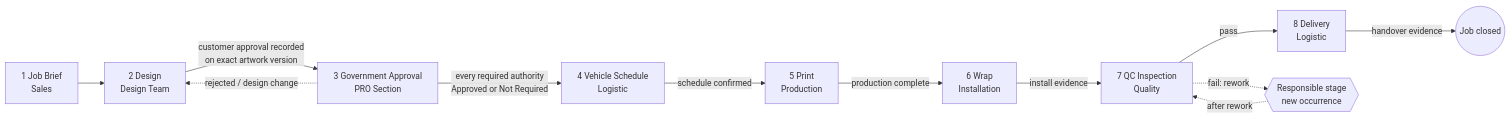
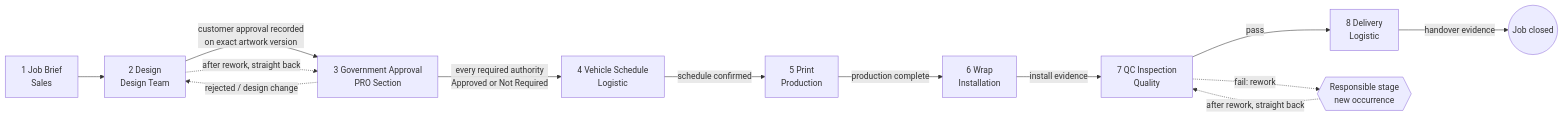
The first of 2 diagrams in docs/02-workflows.md (printajo-dev/bayan-jobflow), drawn with Mermaid before and after one commit. The commit also changed other lines of this file and 7 other files, not shown here.

````diff
--- a/docs/02-workflows.md
+++ b/docs/02-workflows.md
@@ -9,14 +9,15 @@
 ```mermaid
 flowchart LR
   S1[1 Job Brief<br/>Sales] --> S2[2 Design<br/>Design Team]
   S2 -->|customer approval recorded<br/>on exact artwork version| S3[3 Government Approval<br/>PRO Section]
   S3 -->|every required authority<br/>Approved or Not Required| S4[4 Vehicle Schedule<br/>Logistic]
   S4 -->|schedule confirmed| S5[5 Print<br/>Production]
   S5 -->|production complete| S6[6 Wrap<br/>Installation]
   S6 -->|install evidence| S7[7 QC Inspection<br/>Quality]
   S7 -->|pass| S8[8 Delivery<br/>Logistic]
   S8 -->|handover evidence| C((Job closed))
   S3 -. rejected / design change .-> S2
   S7 -. fail: rework .-> R{{Responsible stage<br/>new occurrence}}
-  R -. after rework .-> S7
+  R -. after rework, straight back .-> S7
+  S2 -. after rework, straight back .-> S3
 ```
````
